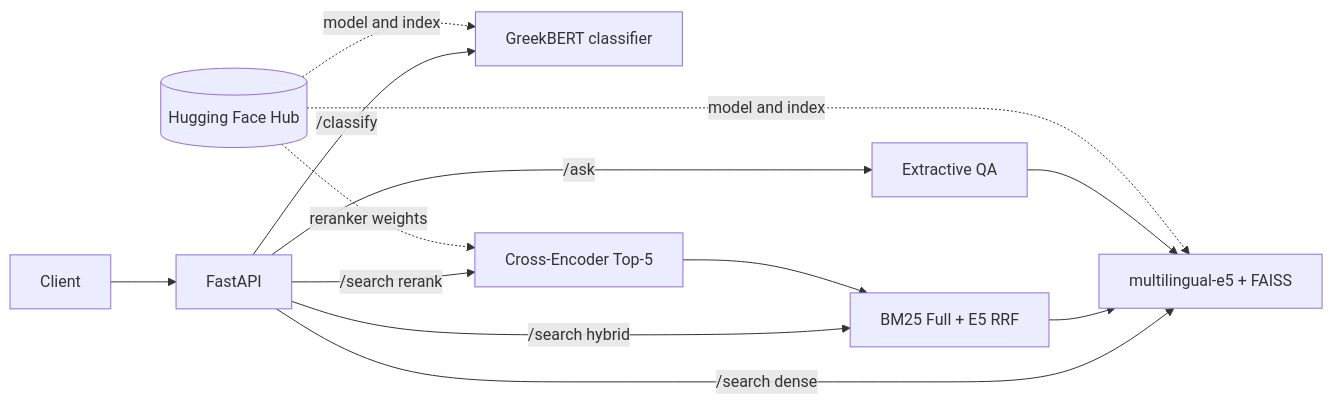
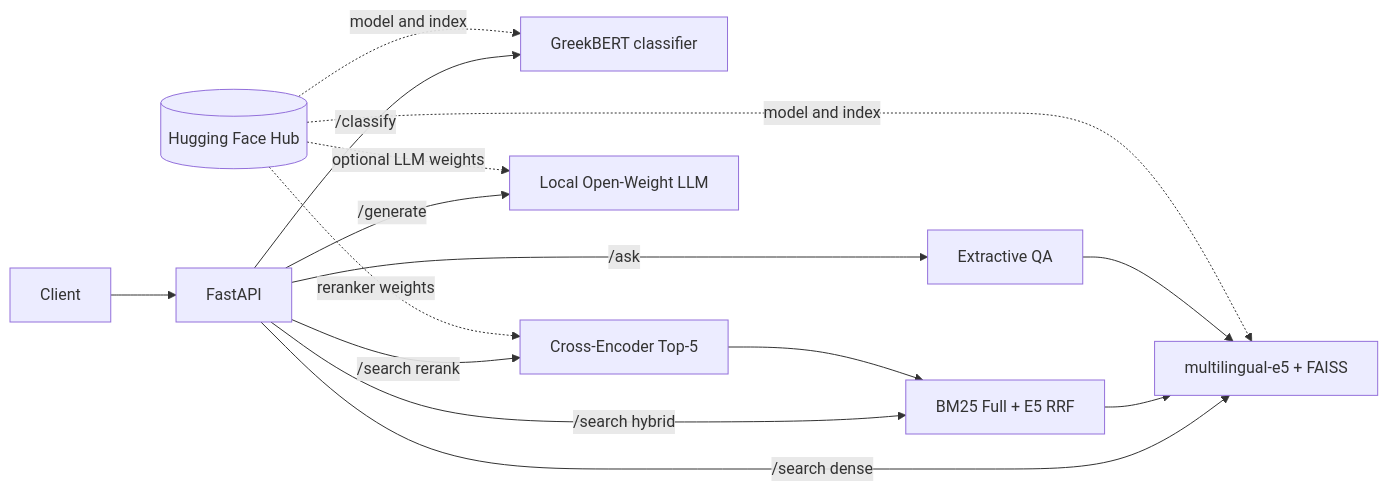
One commit to P-Tilemachos/Greek-News-NLP-API changed the diagram in README.md. Above: the diagram before and after it, drawn with Mermaid. The commit also changed other lines of this file and 10 other files, not shown here.

Commit message:
feat: integrate local open-source LLM generation into FastAPI

````diff
--- a/README.md
+++ b/README.md
@@ -9,15 +9,17 @@
 ```mermaid
 flowchart LR
     Client --> API[FastAPI]
     API -->|/classify| CLF[GreekBERT classifier]
     API -->|/search dense| RET[multilingual-e5 + FAISS]
     API -->|/search hybrid| HYB[BM25 Full + E5 RRF]
     API -->|/search rerank| CE[Cross-Encoder Top-5]
     CE --> HYB
     HYB --> RET
     API -->|/ask| QA[Extractive QA]
+    API -->|/generate| LLM[Local Open-Weight LLM]
     QA --> RET
     HUB[(Hugging Face Hub)] -. model and index .-> CLF
     HUB -. model and index .-> RET
     HUB -. reranker weights .-> CE
+    HUB -. optional LLM weights .-> LLM
 ```
````
